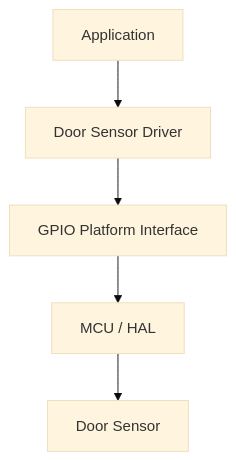
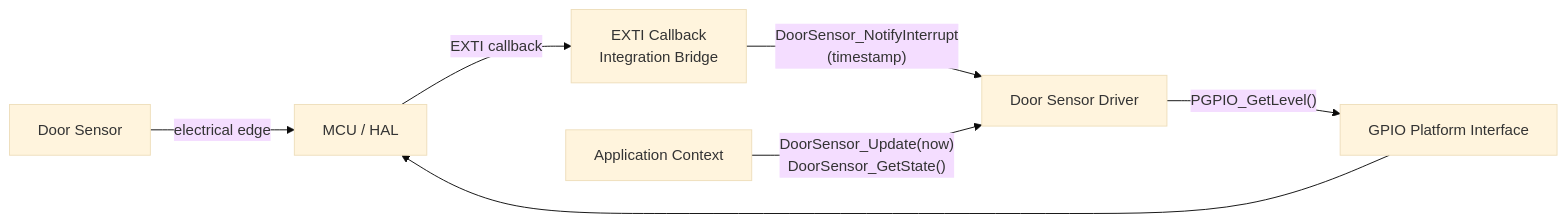
Before and after one commit to JP-REY/STM32F103C8T6-Based-Electronic-Lock: the first of 4 diagrams in Libs/Components/DoorSensor/README.md, drawn with Mermaid (base theme). The commit also changed other lines of this file and 2 other files, not shown here.

First line of the commit message:
feature(door-sensor): add interrupt-oriented debounced events

````diff
--- a/Libs/Components/DoorSensor/README.md
+++ b/Libs/Components/DoorSensor/README.md
@@ -78,14 +87,17 @@
 ```mermaid
-flowchart TD
+flowchart LR
 
-    APP["Application"]
+    SENSOR["Door Sensor"]
+    HAL["MCU / HAL"]
+    EXTI["EXTI Callback<br/>Integration Bridge"]
+    APP["Application Context"]
     DRIVER["Door Sensor Driver"]
     GPIO_IF["GPIO Platform Interface"]
-    HAL["MCU / HAL"]
-    SENSOR["Door Sensor"]
 
-    APP --> DRIVER
-    DRIVER --> GPIO_IF
+    SENSOR -->|"electrical edge"| HAL
+    HAL -->|"EXTI callback"| EXTI
+    EXTI -->|"DoorSensor_NotifyInterrupt<br/>(timestamp)"| DRIVER
+    APP -->|"DoorSensor_Update(now)<br/>DoorSensor_GetState()"| DRIVER
+    DRIVER -->|"PGPIO_GetLevel()"| GPIO_IF
     GPIO_IF --> HAL
-    HAL --> SENSOR
 ```
````
